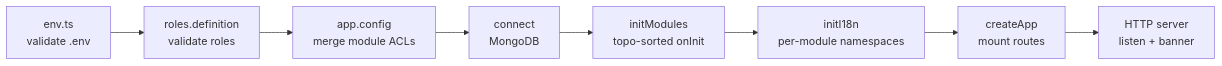
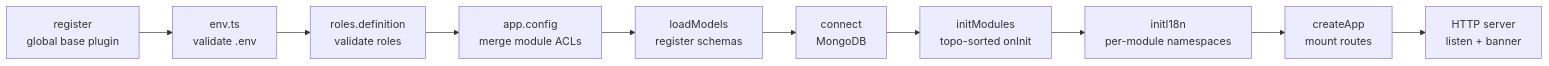
One commit to kemora13conf/bp-backend-express changed the first of 2 diagrams in README.md. Above: the diagram before and after it, drawn with Mermaid. The commit also changed other lines of this file and 1 other file, not shown here.

Commit message:
feat(polyfill): register module models before database connection in polyfill script

````diff
--- a/README.md
+++ b/README.md
@@ -153,10 +156,12 @@
 ```mermaid
 flowchart LR
-  A[env.ts<br/>validate .env] --> B[roles.definition<br/>validate roles]
+  P[register<br/>global base plugin] --> A[env.ts<br/>validate .env]
+  A --> B[roles.definition<br/>validate roles]
   B --> C[app.config<br/>merge module ACLs]
-  C --> D[connect<br/>MongoDB]
+  C --> M[loadModels<br/>register schemas]
+  M --> D[connect<br/>MongoDB]
   D --> E[initModules<br/>topo-sorted onInit]
   E --> F[initI18n<br/>per-module namespaces]
   F --> G[createApp<br/>mount routes]
   G --> H[HTTP server<br/>listen + banner]
 ```
````
